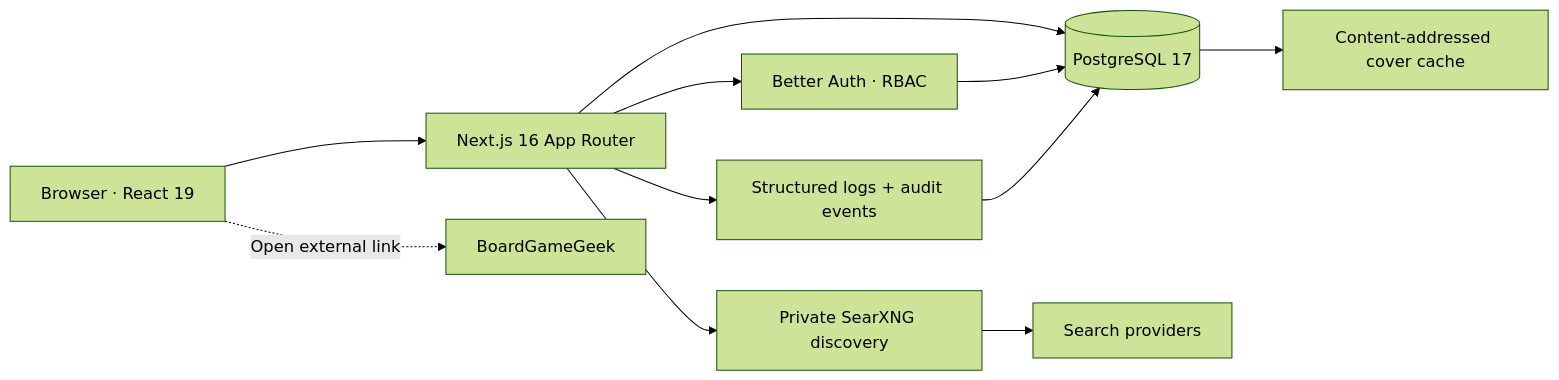
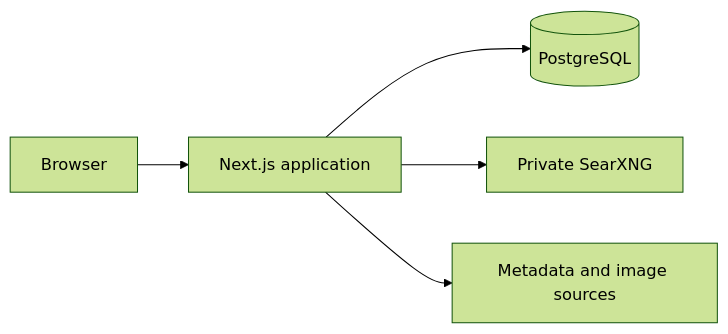
One commit to thisispivi/BoardGamesTracker changed the diagram in README.md. Above: the diagram before and after it, drawn with Mermaid (forest theme). The commit also changed other lines of this file and 118 other files, not shown here.

````diff
--- a/README.md
+++ b/README.md
@@ -47,13 +59,7 @@
 ```mermaid
 flowchart LR
-  Browser["Browser · React 19"] --> App["Next.js 16 App Router"]
-  App --> Auth["Better Auth · RBAC"]
-  App --> DB[("PostgreSQL 17")]
-  DB --> Images["Content-addressed cover cache"]
-  App --> Search["Private SearXNG discovery"]
-  Search --> Index["Search providers"]
-  Browser -. "Open external link" .-> BGG["BoardGameGeek"]
-  Auth --> DB
-  App --> Audit["Structured logs + audit events"]
-  Audit --> DB
+    Browser["Browser"] --> App["Next.js application"]
+    App --> Database[("PostgreSQL")]
+    App --> Search["Private SearXNG"]
+    App --> Sources["Metadata and image sources"]
 ```
````
